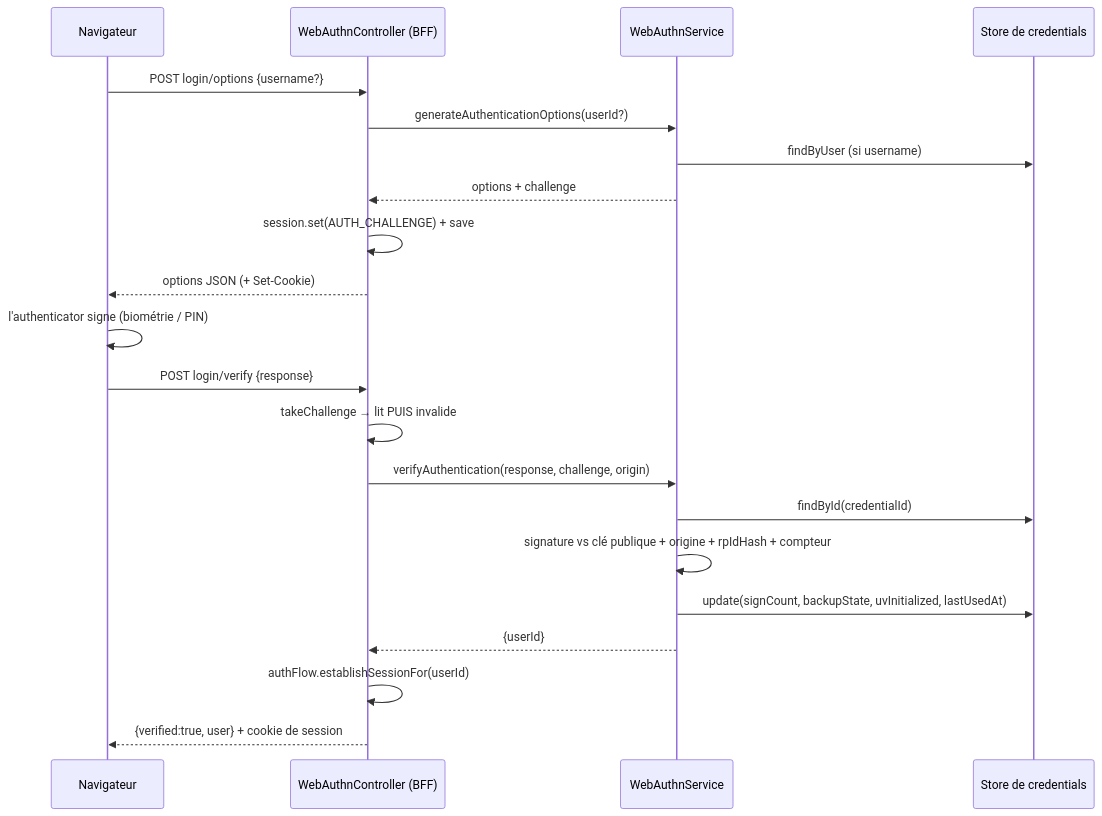
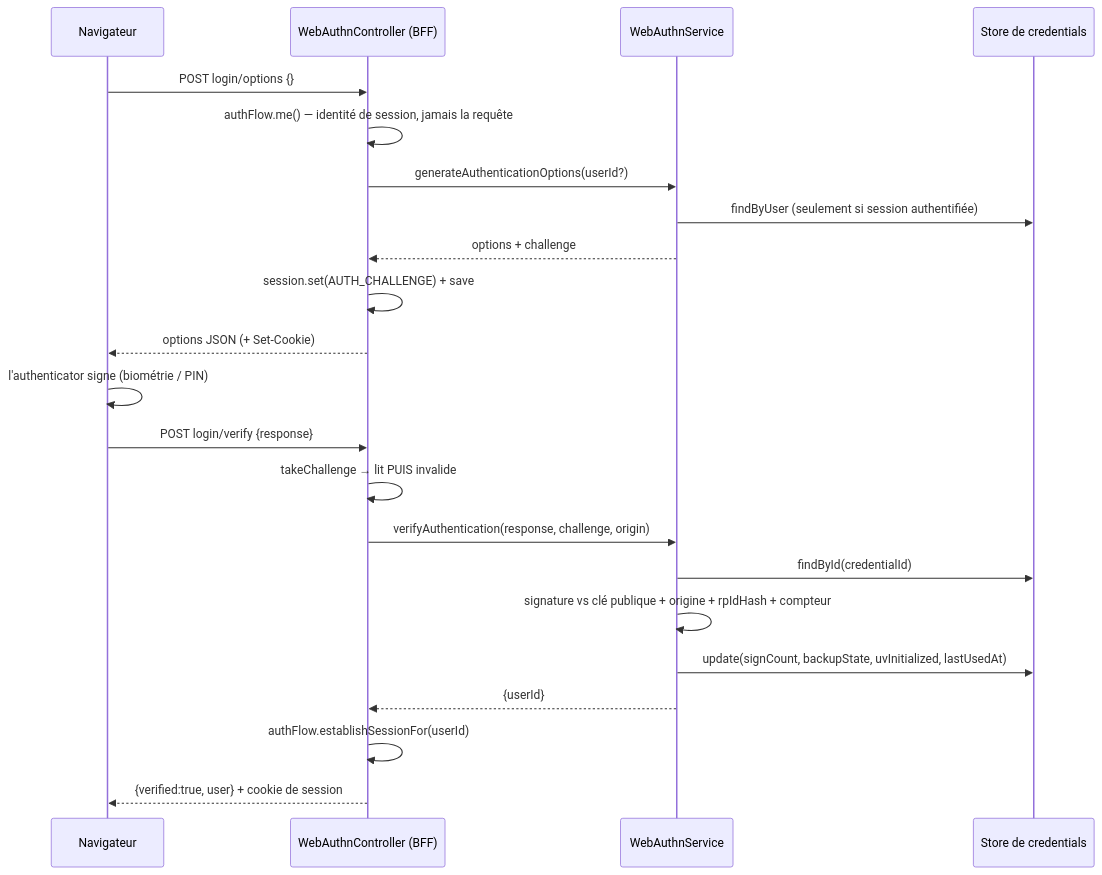
Before and after one commit to nodefony/nodefony-core: the second of 2 diagrams in src/packages/@nodefony/security/docs/webauthn.md, drawn with Mermaid. The commit also changed other lines of this file and 9 other files, not shown here.

````diff
--- a/src/packages/@nodefony/security/docs/webauthn.md
+++ b/src/packages/@nodefony/security/docs/webauthn.md
@@ -258,23 +258,24 @@
 ```mermaid
 sequenceDiagram
   participant N as Navigateur
   participant C as WebAuthnController (BFF)
   participant S as WebAuthnService
   participant St as Store de credentials
-  N->>C: POST login/options {username?}
+  N->>C: POST login/options {}
+  C->>C: authFlow.me() — identité de session, jamais la requête
   C->>S: generateAuthenticationOptions(userId?)
-  S->>St: findByUser (si username)
+  S->>St: findByUser (seulement si session authentifiée)
   S-->>C: options + challenge
   C->>C: session.set(AUTH_CHALLENGE) + save
   C-->>N: options JSON (+ Set-Cookie)
   N->>N: l'authenticator signe (biométrie / PIN)
   N->>C: POST login/verify {response}
   C->>C: takeChallenge → lit PUIS invalide
   C->>S: verifyAuthentication(response, challenge, origin)
   S->>St: findById(credentialId)
   S->>S: signature vs clé publique + origine + rpIdHash + compteur
   S->>St: update(signCount, backupState, uvInitialized, lastUsedAt)
   S-->>C: {userId}
   C->>C: authFlow.establishSessionFor(userId)
   C-->>N: {verified:true, user} + cookie de session
 ```
````
